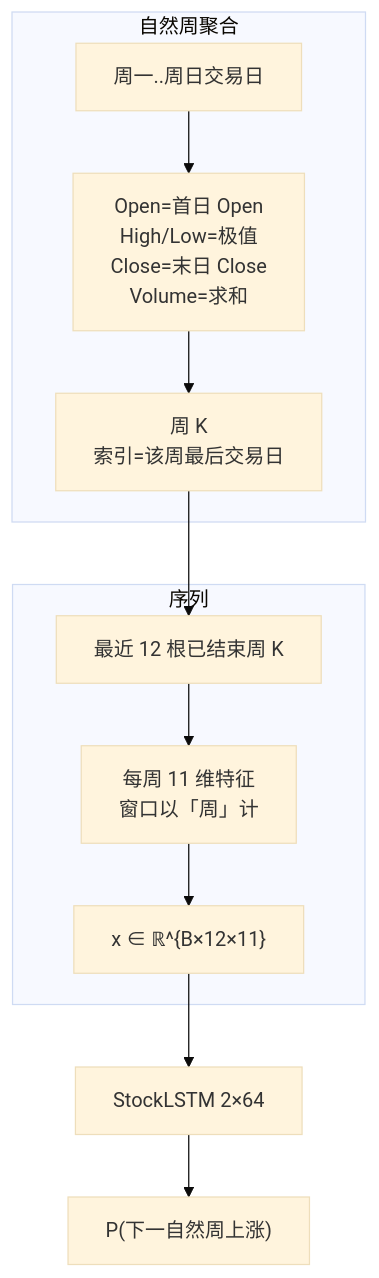
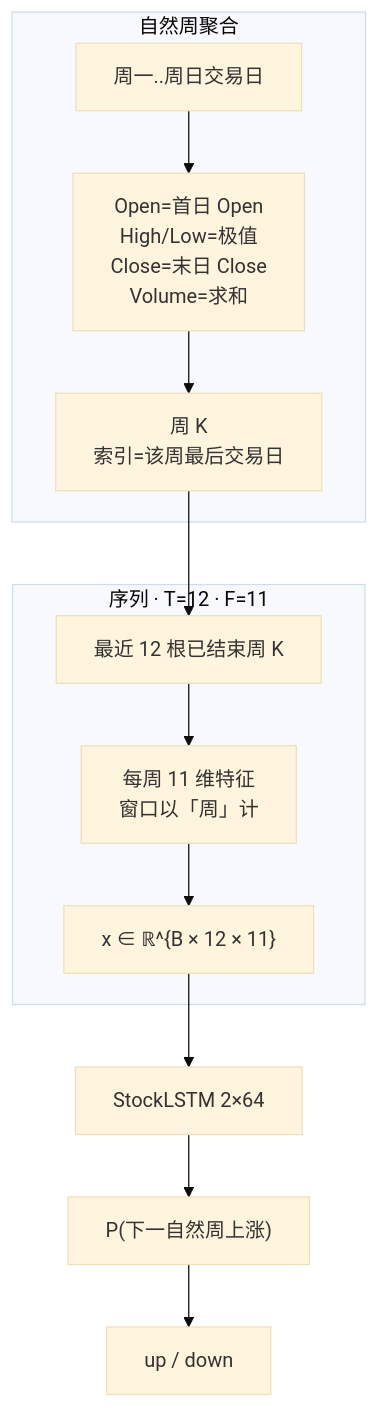
The sixth of 11 diagrams in docs/model-architecture.md (fanqingsong/stock_predictive), drawn with Mermaid (base theme) before and after one commit. The commit also changed other lines of this file, not shown here.

First line of the commit message:
Expand model architecture docs with dual-flow LSTM topology diagrams.

````diff
--- a/docs/model-architecture.md
+++ b/docs/model-architecture.md
@@ -139,16 +311,17 @@
 ```mermaid
 flowchart TB
   subgraph agg [自然周聚合]
-    D1[周一..周日交易日] --> AGG["Open=首日 Open\nHigh/Low=极值\nClose=末日 Close\nVolume=求和"]
-    AGG --> WB["周 K\n索引=该周最后交易日"]
+    D1[周一..周日交易日] --> AGG["Open=首日 Open<br/>High/Low=极值<br/>Close=末日 Close<br/>Volume=求和"]
+    AGG --> WB["周 K<br/>索引=该周最后交易日"]
   end
 
-  subgraph seq [序列]
+  subgraph seq [序列 · T=12 · F=11]
     WB --> WIN["最近 12 根已结束周 K"]
-    WIN --> XF["每周 11 维特征\n窗口以「周」计"]
-    XF --> XW["x ∈ ℝ^{B×12×11}"]
+    WIN --> XF["每周 11 维特征<br/>窗口以「周」计"]
+    XF --> XW["x ∈ ℝ^{B × 12 × 11}"]
   end
 
-  XW --> NW[StockLSTM 2×64]
+  XW --> NW["StockLSTM 2×64"]
   NW --> PW["P(下一自然周上涨)"]
+  PW --> CW["up / down"]
 ```
````
